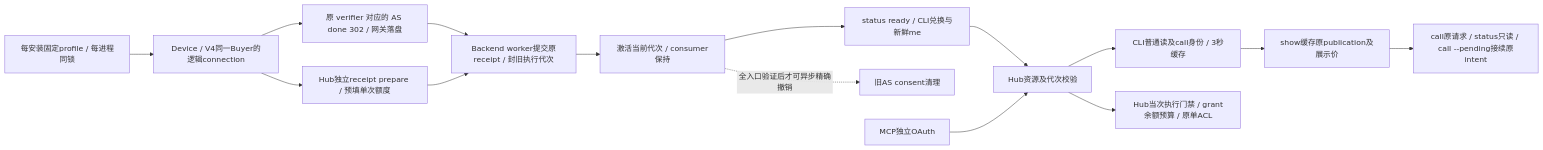
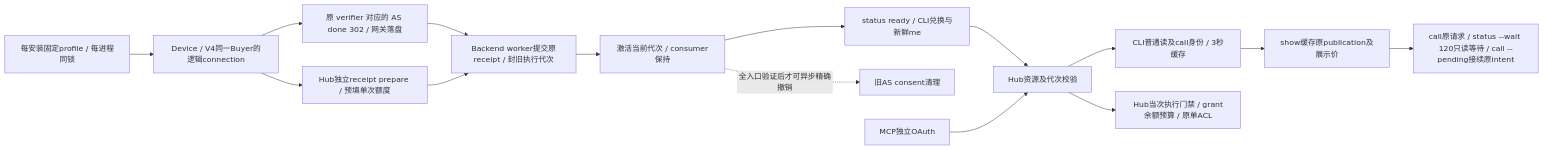
One commit to itpay-ai/cli changed the second of 5 diagrams in docs/ARCHITECTURE.md. Above: the diagram before and after it, drawn with Mermaid. The commit also changed 21 other files, not shown here.

````diff
--- a/docs/ARCHITECTURE.md
+++ b/docs/ARCHITECTURE.md
@@ -51,17 +51,17 @@
 ```mermaid
 flowchart LR
  P[每安装固定profile / 每进程同锁] --> O[Device / V4同一Buyer的逻辑connection]
  O --> A[原 verifier 对应的 AS done 302 / 网关落盘]
  O --> G[Hub独立receipt prepare / 预填单次额度]
  A --> J[Backend worker提交原receipt / 封旧执行代次]
  G --> J
  J --> C[激活当前代次 / consumer保持]
  C --> T[status ready / CLI兑换与新鲜me]
  C -.全入口验证后才可异步精确撤销.-> X[旧AS consent清理]
  T --> H[Hub资源及代次校验]
  H --> R[CLI普通读及call身份 / 3秒缓存]
  R --> S[show缓存原publication及展示价]
- S --> K[call原请求 / status只读 / call --pending接续原intent]
+ S --> K[call原请求 / status --wait 120只读等待 / call --pending接续原intent]
  H --> W[Hub当次执行门禁 / grant余额预算 / 原单ACL]
  M[MCP独立OAuth] --> H
 ```
````
